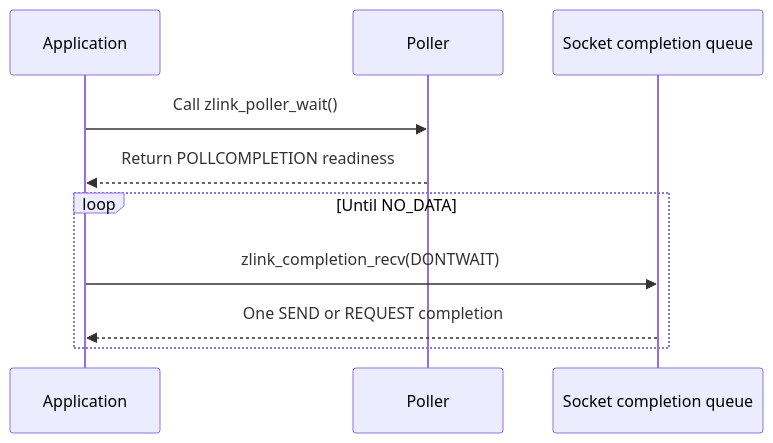
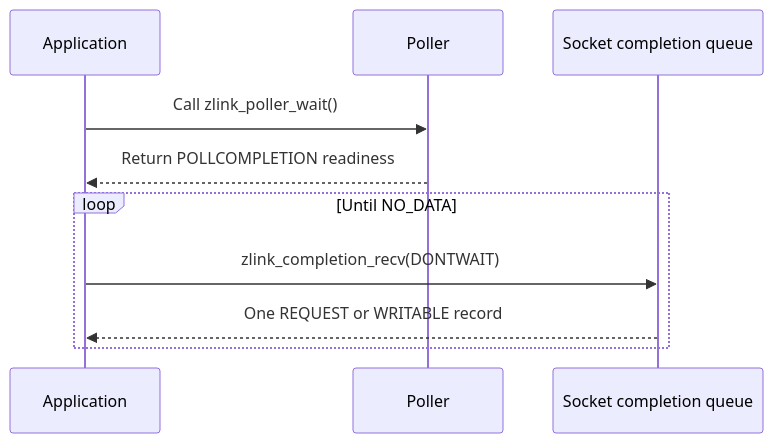
The diagram in core/doc/spec/core/05-polling.en.md (zlink-systems/zlink), drawn with Mermaid before and after one commit. The commit also changed other lines of this file and 23 other files, not shown here.

````diff
--- a/core/doc/spec/core/05-polling.en.md
+++ b/core/doc/spec/core/05-polling.en.md
@@ -101,12 +116,12 @@
 ```mermaid
 sequenceDiagram
     participant App as Application
     participant P as Poller
     participant S as Socket completion queue
     App->>P: Call zlink_poller_wait()
     P-->>App: Return POLLCOMPLETION readiness
     loop Until NO_DATA
         App->>S: zlink_completion_recv(DONTWAIT)
-        S-->>App: One SEND or REQUEST completion
+        S-->>App: One REQUEST or WRITABLE record
     end
 ```
````
